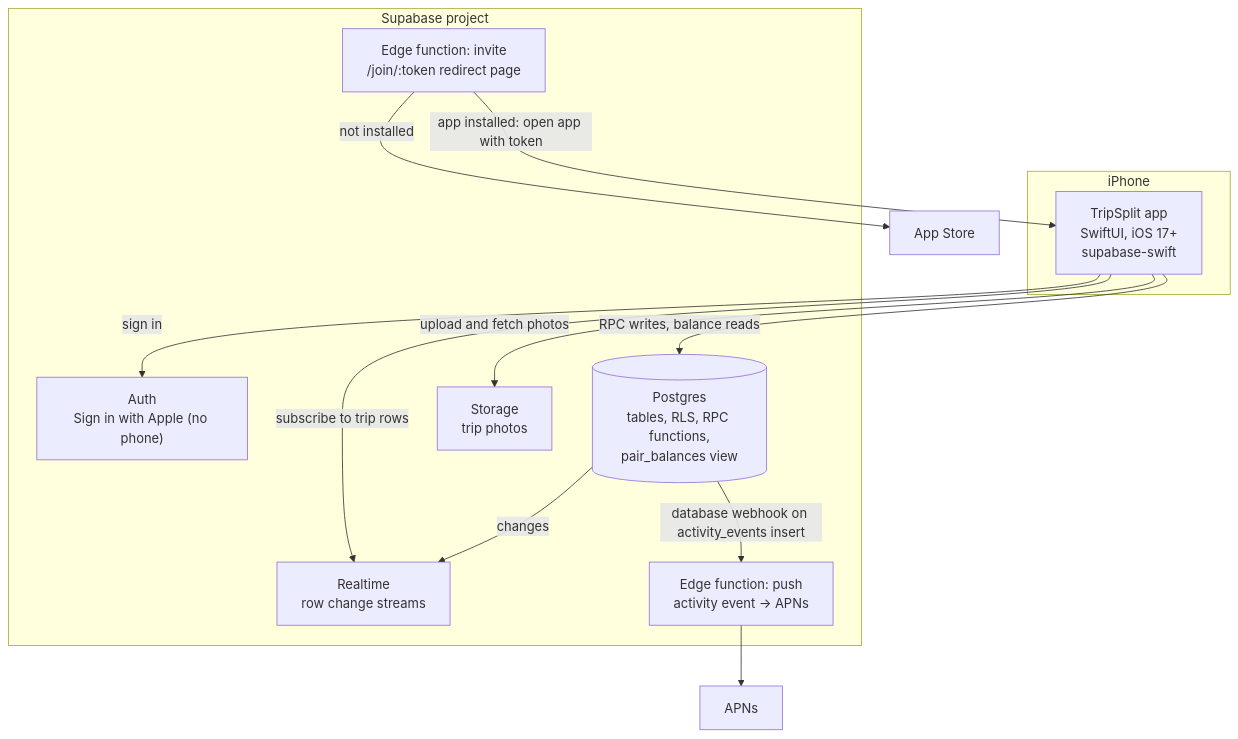
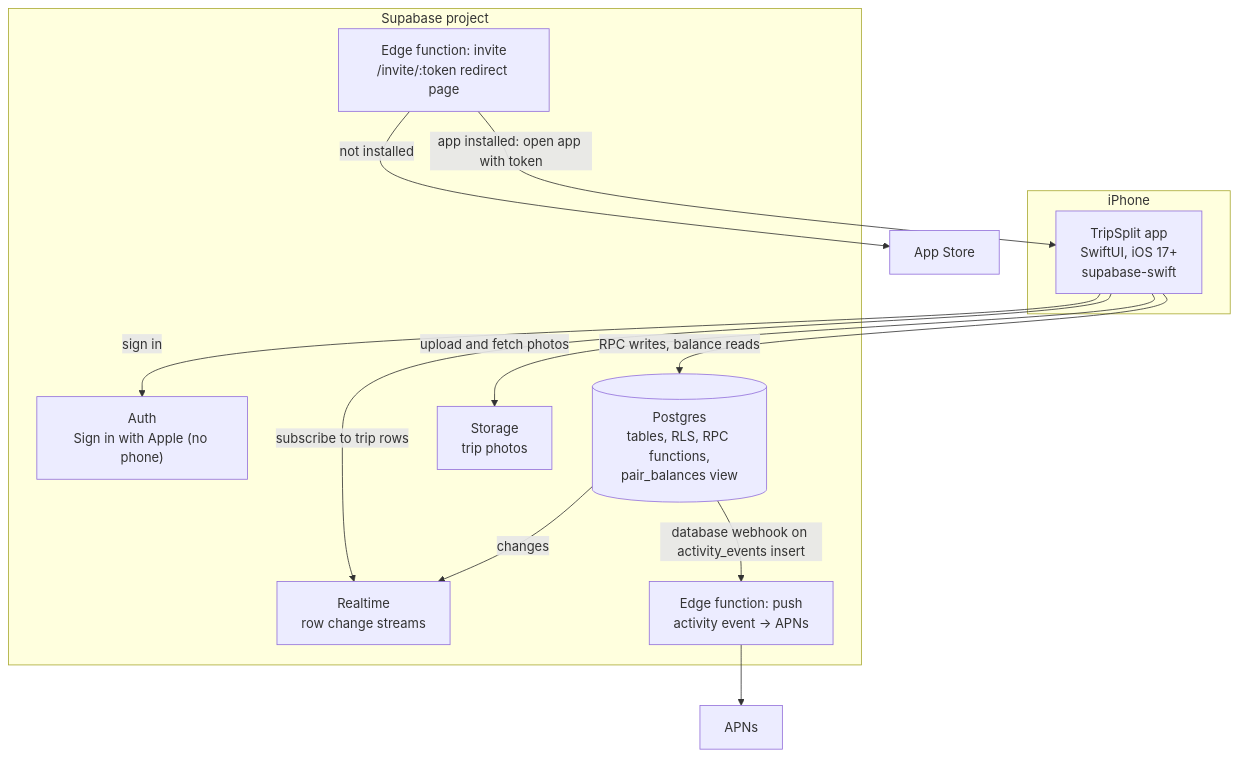
One commit to taytayrad/tripsplit-ios changed the second of 2 diagrams in docs/architecture.md. Above: the diagram before and after it, drawn with Mermaid. The commit also changed other lines of this file and 26 other files, not shown here.

````diff
--- a/docs/architecture.md
+++ b/docs/architecture.md
@@ -32,28 +32,28 @@
 ```mermaid
 flowchart TB
     subgraph device["iPhone"]
         app["TripSplit app<br/>SwiftUI, iOS 17+<br/>supabase-swift"]
     end
 
     subgraph supa["Supabase project"]
         auth["Auth<br/>Sign in with Apple (no phone)"]
         db[("Postgres<br/>tables, RLS, RPC functions,<br/>pair_balances view")]
         rt["Realtime<br/>row change streams"]
         storage["Storage<br/>trip photos"]
         fnPush["Edge function: push<br/>activity event → APNs"]
-        fnLink["Edge function: invite<br/>/join/:token redirect page"]
+        fnLink["Edge function: invite<br/>/invite/:token redirect page"]
     end
 
     apns["APNs"]
     store["App Store"]
 
     app -- "sign in" --> auth
     app -- "RPC writes, balance reads" --> db
     app -- "subscribe to trip rows" --> rt
     app -- "upload and fetch photos" --> storage
     db -- "changes" --> rt
     db -- "database webhook on activity_events insert" --> fnPush
     fnPush --> apns
     fnLink -- "app installed: open app with token" --> app
     fnLink -- "not installed" --> store
 ```
````
